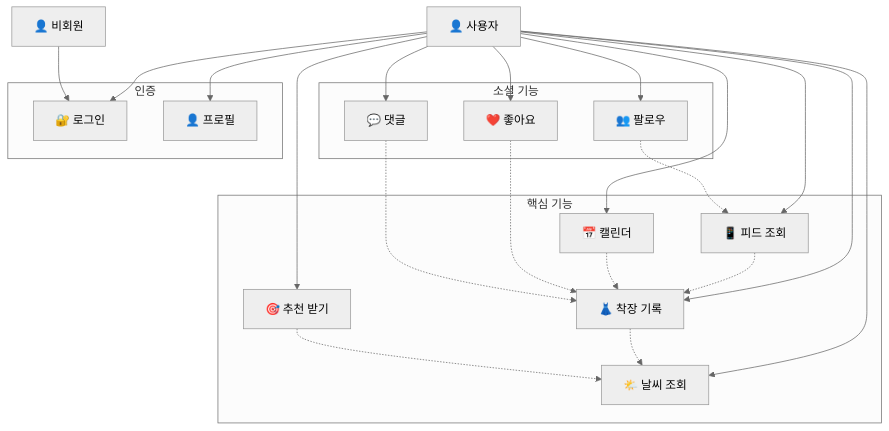
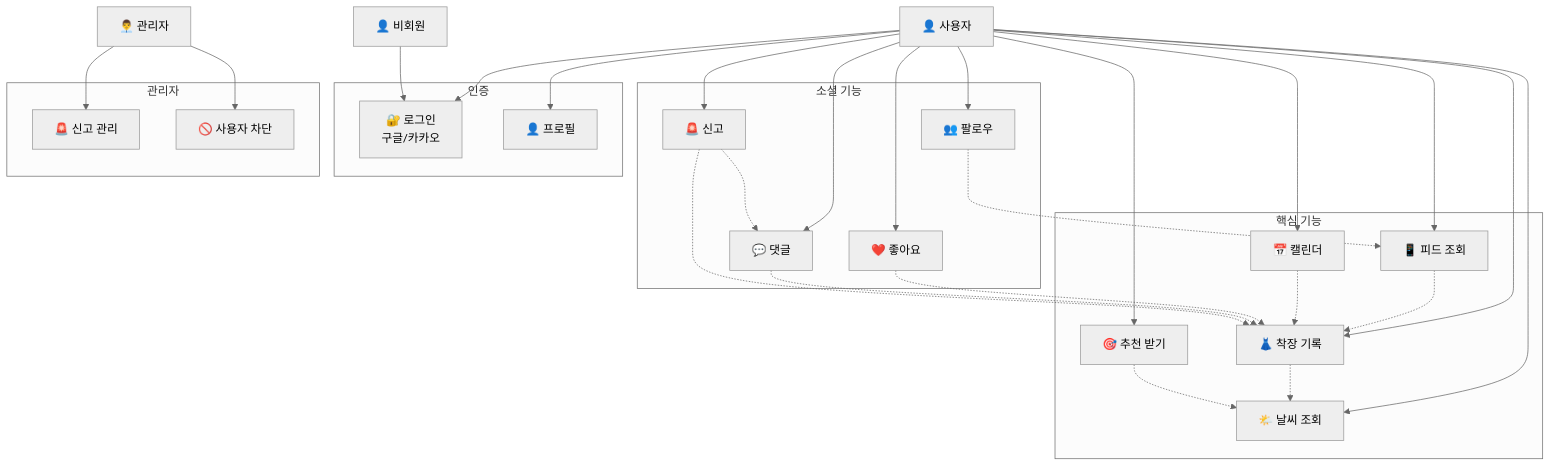
One commit to suengyeon/fitweather changed the second of 2 diagrams in docs/UseCase_Diagram.md. Above: the diagram before and after it, drawn with Mermaid (neutral theme). The commit also changed other lines of this file and 14 other files, not shown here.

````diff
--- a/docs/UseCase_Diagram.md
+++ b/docs/UseCase_Diagram.md
@@ -164,51 +217,65 @@
 ```mermaid
 graph TB
     %% 액터
     User[👤 사용자]
     Guest[👤 비회원]
+    Admin[👨‍💼 관리자]
     
     %% 핵심 유스케이스
     subgraph Core["핵심 기능"]
         UC1[🌤️ 날씨 조회]
         UC2[👗 착장 기록]
         UC3[🎯 추천 받기]
         UC4[📱 피드 조회]
         UC5[📅 캘린더]
     end
     
     %% 소셜 기능
     subgraph Social["소셜 기능"]
         UC6[❤️ 좋아요]
         UC7[💬 댓글]
         UC8[👥 팔로우]
+        UC9[🚨 신고]
     end
     
     %% 사용자 관리
     subgraph Auth["인증"]
-        UC9[🔐 로그인]
-        UC10[👤 프로필]
+        UC10[🔐 로그인<br/>구글/카카오]
+        UC11[👤 프로필]
+    end
+    
+    %% 관리자 기능
+    subgraph AdminUC["관리자"]
+        UC12[🚨 신고 관리]
+        UC13[🚫 사용자 차단]
     end
     
     %% 관계
     User --> UC1
     User --> UC2
     User --> UC3
     User --> UC4
     User --> UC5
     User --> UC6
     User --> UC7
     User --> UC8
     User --> UC9
     User --> UC10
+    User --> UC11
     
-    Guest --> UC9
+    Guest --> UC10
+    
+    Admin --> UC12
+    Admin --> UC13
     
     %% 의존성
     UC2 -.-> UC1
     UC3 -.-> UC1
     UC4 -.-> UC2
     UC5 -.-> UC2
     UC6 -.-> UC2
     UC7 -.-> UC2
     UC8 -.-> UC4
+    UC9 -.-> UC2
+    UC9 -.-> UC7
 ```
````
